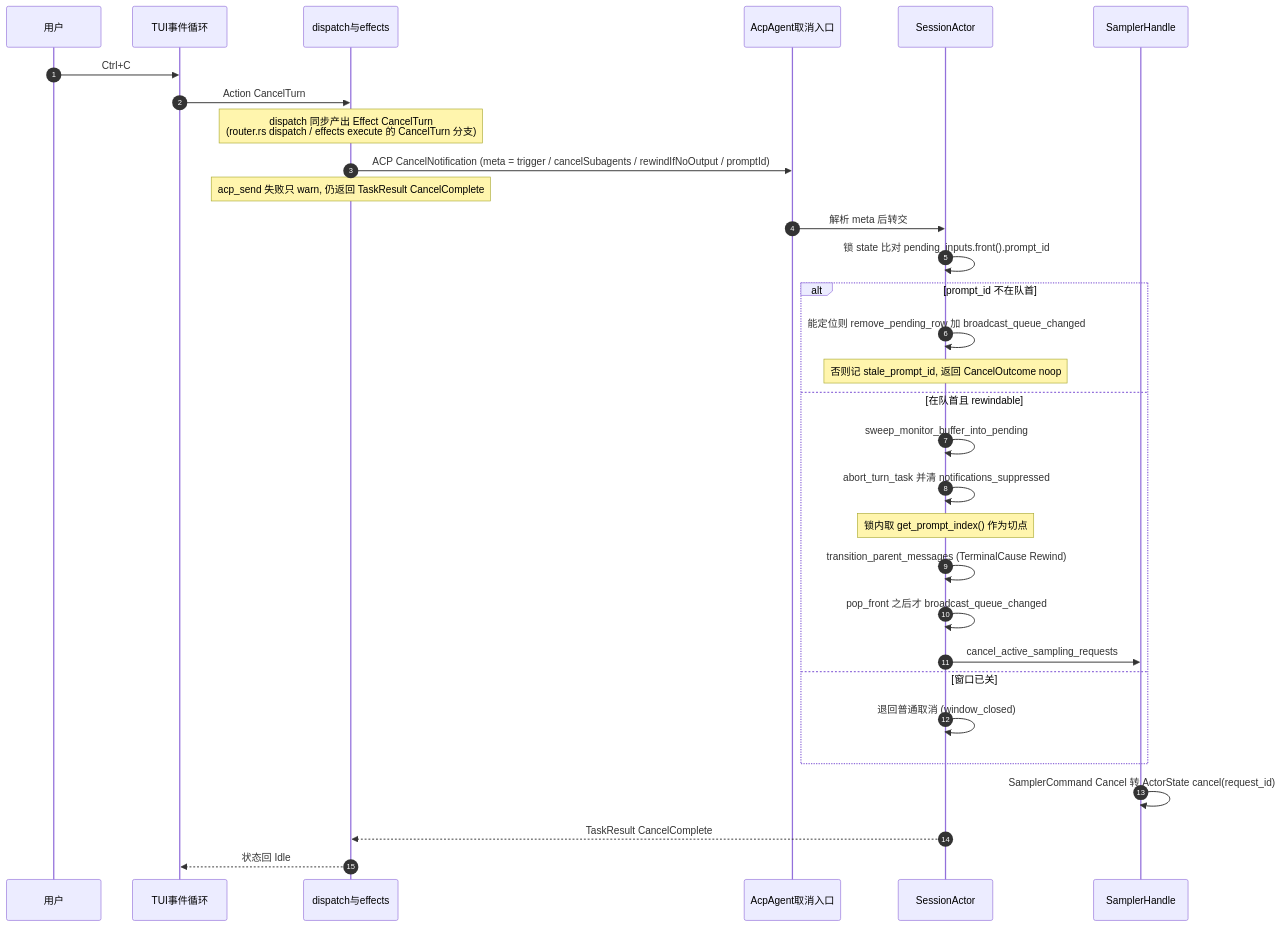
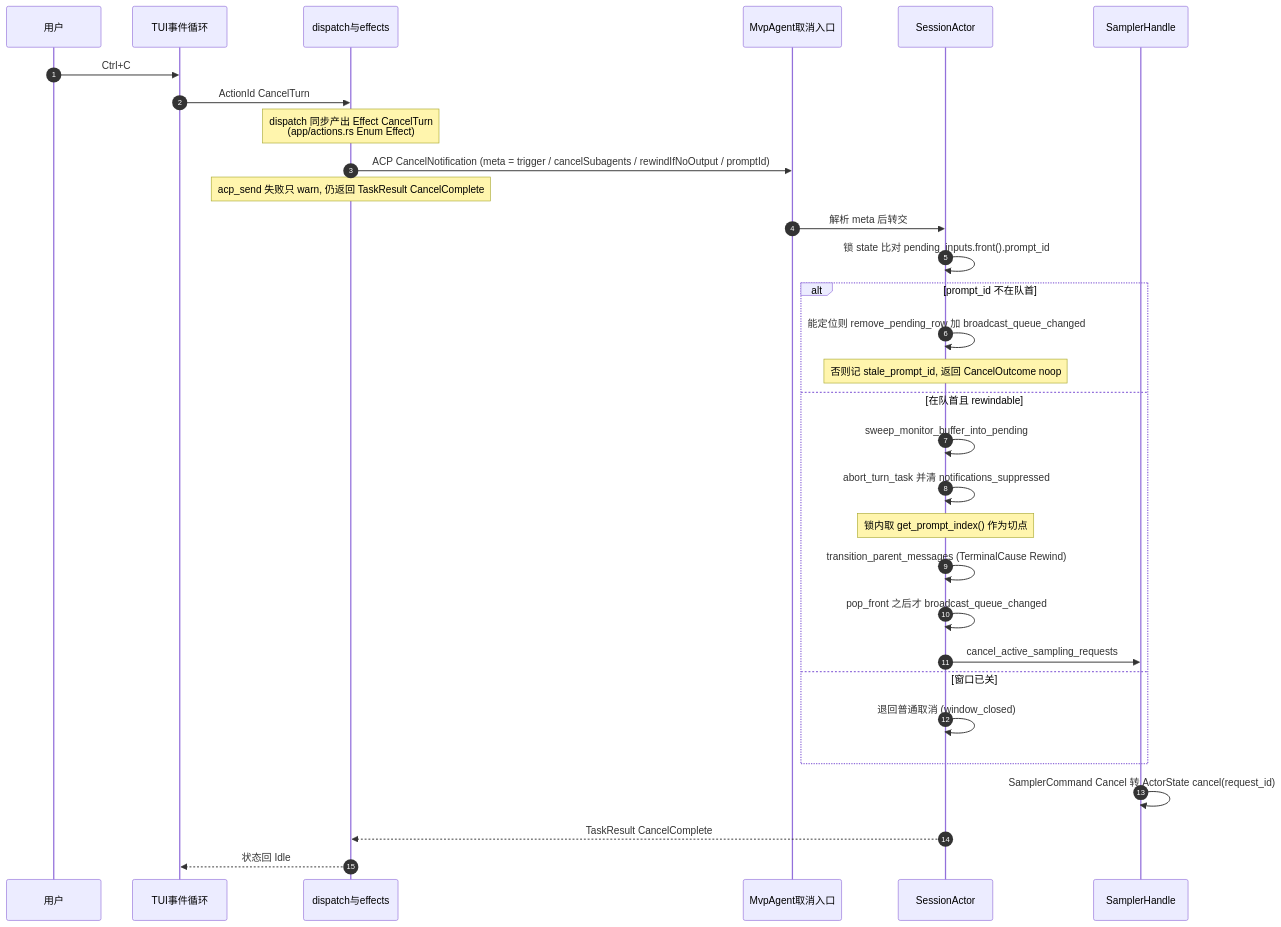
Before and after one commit to adrian9778/grok-build: the third of 3 diagrams in docs/adrian/sourceReader/15-跨模块完整运行链与场景.md, drawn with Mermaid. The commit also changed other lines of this file and 18 other files, not shown here.

````diff
--- a/docs/adrian/sourceReader/15-跨模块完整运行链与场景.md
+++ b/docs/adrian/sourceReader/15-跨模块完整运行链与场景.md
@@ -236,34 +451,34 @@
 ```mermaid
 sequenceDiagram
     autonumber
     participant U as 用户
     participant L as TUI事件循环
     participant D as dispatch与effects
-    participant G as AcpAgent取消入口
+    participant G as MvpAgent取消入口
     participant S as SessionActor
     participant P as SamplerHandle
 
     U->>L: Ctrl+C
-    L->>D: Action CancelTurn
-    Note over D: dispatch 同步产出 Effect CancelTurn<br/>(router.rs dispatch / effects execute 的 CancelTurn 分支)
+    L->>D: ActionId CancelTurn
+    Note over D: dispatch 同步产出 Effect CancelTurn<br/>(app/actions.rs Enum Effect)
     D->>G: ACP CancelNotification (meta = trigger / cancelSubagents / rewindIfNoOutput / promptId)
     Note over D: acp_send 失败只 warn, 仍返回 TaskResult CancelComplete
     G->>S: 解析 meta 后转交
     S->>S: 锁 state 比对 pending_inputs.front().prompt_id
     alt prompt_id 不在队首
         S->>S: 能定位则 remove_pending_row 加 broadcast_queue_changed
         Note over S: 否则记 stale_prompt_id, 返回 CancelOutcome noop
     else 在队首且 rewindable
         S->>S: sweep_monitor_buffer_into_pending
         S->>S: abort_turn_task 并清 notifications_suppressed
         Note over S: 锁内取 get_prompt_index() 作为切点
         S->>S: transition_parent_messages (TerminalCause Rewind)
         S->>S: pop_front 之后才 broadcast_queue_changed
         S->>P: cancel_active_sampling_requests
     else 窗口已关
         S->>S: 退回普通取消 (window_closed)
     end
     P->>P: SamplerCommand Cancel 转 ActorState cancel(request_id)
     S-->>D: TaskResult CancelComplete
     D-->>L: 状态回 Idle
 ```
````
